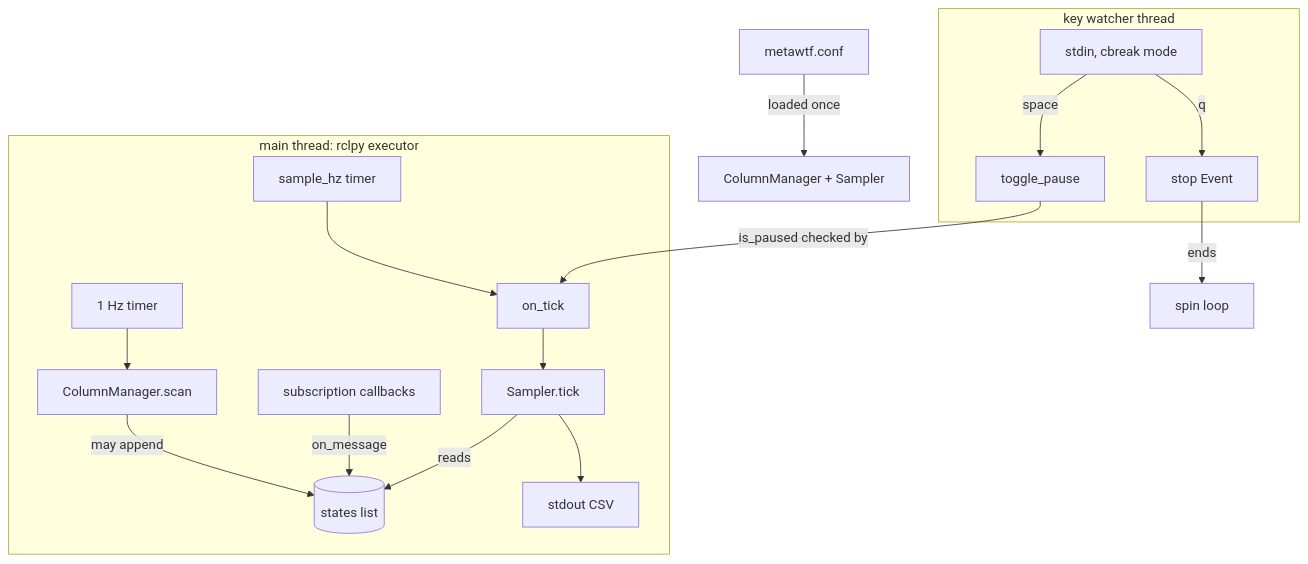
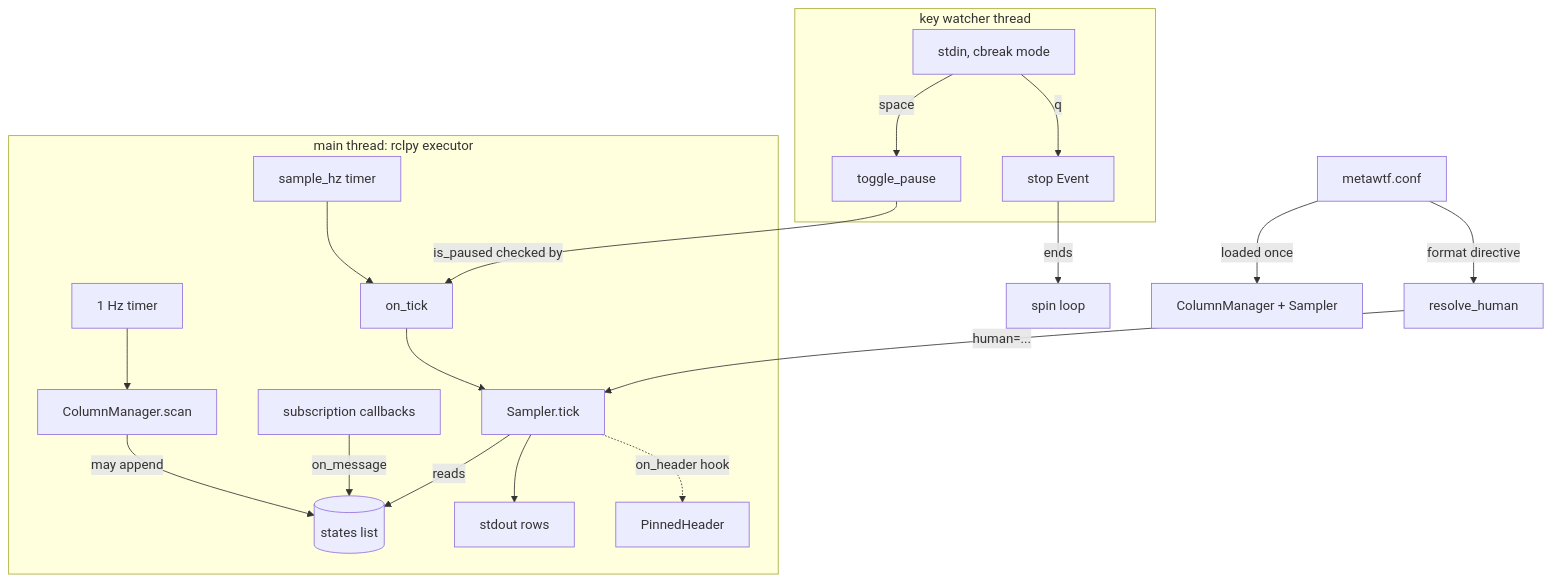
The first of 2 diagrams in 01-literate/20-tracer_node.md (Boston-Robot-Hackers/metawtf), drawn with Mermaid before and after one commit. The commit also changed other lines of this file and 21 other files, not shown here.

First line of the commit message:
F07: human/csv output formats with pinned terminal header

````diff
--- a/01-literate/20-tracer_node.md
+++ b/01-literate/20-tracer_node.md
@@ -27,18 +29,21 @@
 ```mermaid
 flowchart TD
     subgraph main thread: rclpy executor
         T1[1 Hz timer] --> SC[ColumnManager.scan]
         SC -->|may append| S[(states list)]
         T2[sample_hz timer] --> OT[on_tick] --> SM[Sampler.tick]
         SUB[subscription callbacks] -->|on_message| S
         SM -->|reads| S
-        SM --> OUT[stdout CSV]
+        SM --> OUT[stdout rows]
+        SM -.->|on_header hook| PH[PinnedHeader]
     end
     subgraph key watcher thread
         KB[stdin, cbreak mode] -->|space| P[toggle_pause]
         KB -->|q| E[stop Event]
     end
     P -->|is_paused checked by| OT
     E -->|ends| SL[spin loop]
     CFG[metawtf.conf] -->|loaded once| CM[ColumnManager + Sampler]
+    CFG -->|format directive| RH[resolve_human]
+    RH -->|human=...| SM
 ```
````
